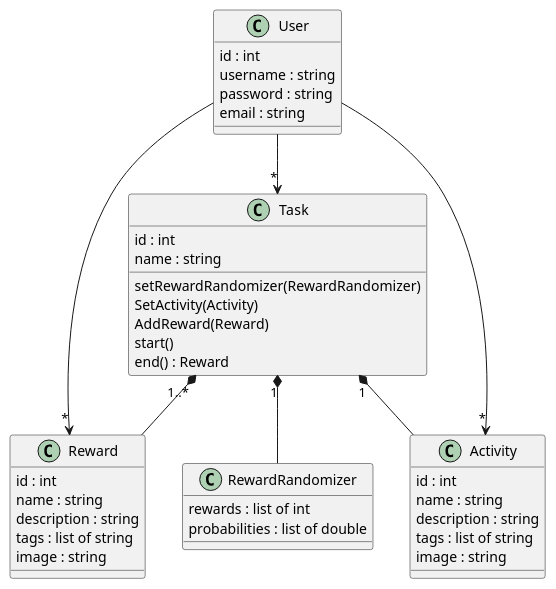
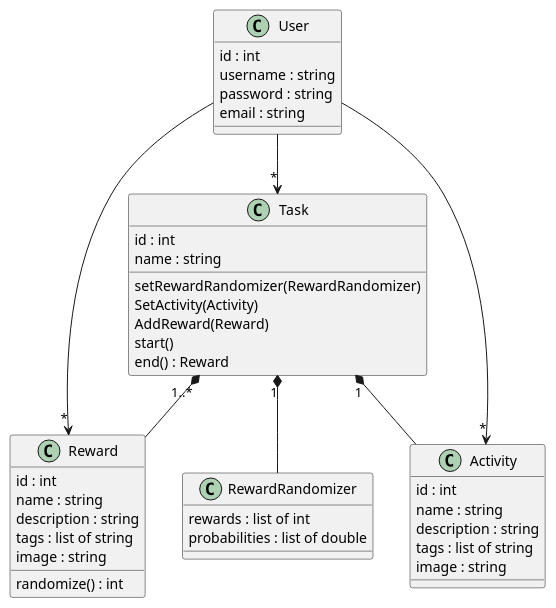
Before and after one commit to wolfj123/Random-Carrot-Dispenser: the diagram in DevDocs/high-level-class-diagram.puml, drawn with PlantUML. The commit also changed 7 other files, not shown here.

```diff
--- a/DevDocs/high-level-class-diagram.puml
+++ b/DevDocs/high-level-class-diagram.puml
@@ -1,57 +1,59 @@
 @startuml
 ' syntax: 
 ' https://plantuml.com/class-diagram
 
 class User {
     id : int
     username : string
     password : string
     email : string
 }
 
 User --> "*" Reward
 User --> "*" Activity
 User --> "*" Task
 
 
 class Reward {
     id : int
     name : string
     description : string
     tags : list of string
     image : string
+
+    randomize() : int
 }
 
 class Activity {
     id : int
     name : string
     description : string
     tags : list of string
     image : string
 }
 
 
 class Task {
     id : int
     name : string
 
     setRewardRandomizer(RewardRandomizer)
     SetActivity(Activity)
     AddReward(Reward)
     start()
     end() : Reward
 }
 
 class RewardRandomizer {
     rewards : list of int
     probabilities : list of double
 }
 
 
 Task "1" *-- RewardRandomizer
 Task "1" *-- Activity
 Task "1..*" *--  Reward
 
 
 
 @enduml
```
